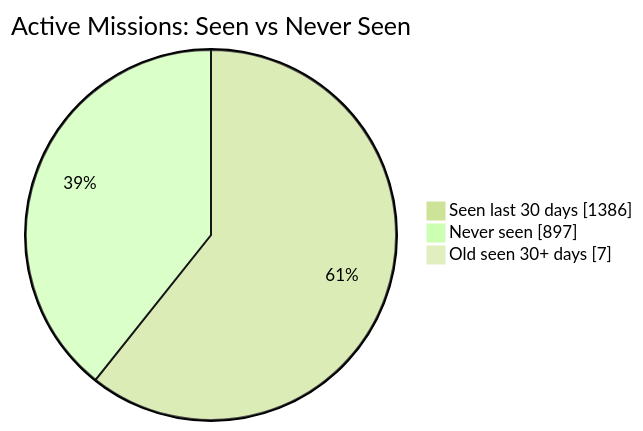
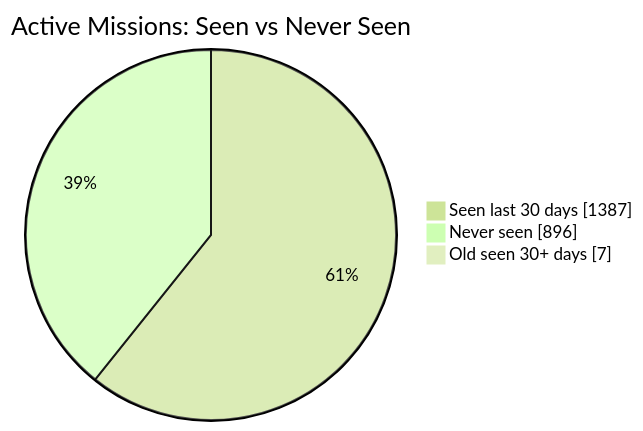
The first of 2 diagrams in README.md (MeldkamerspelGameTeam/active-missions), drawn with Mermaid (forest theme) before and after one commit. The commit also changed other lines of this file and 2 other files, not shown here.

````diff
--- a/README.md
+++ b/README.md
@@ -34,7 +34,7 @@
 ```mermaid
 pie showData
     title Active Missions: Seen vs Never Seen
-    "Seen last 30 days" : 1386
-    "Never seen" : 897
+    "Seen last 30 days" : 1387
+    "Never seen" : 896
     "Old seen 30+ days" : 7
 ```
````
